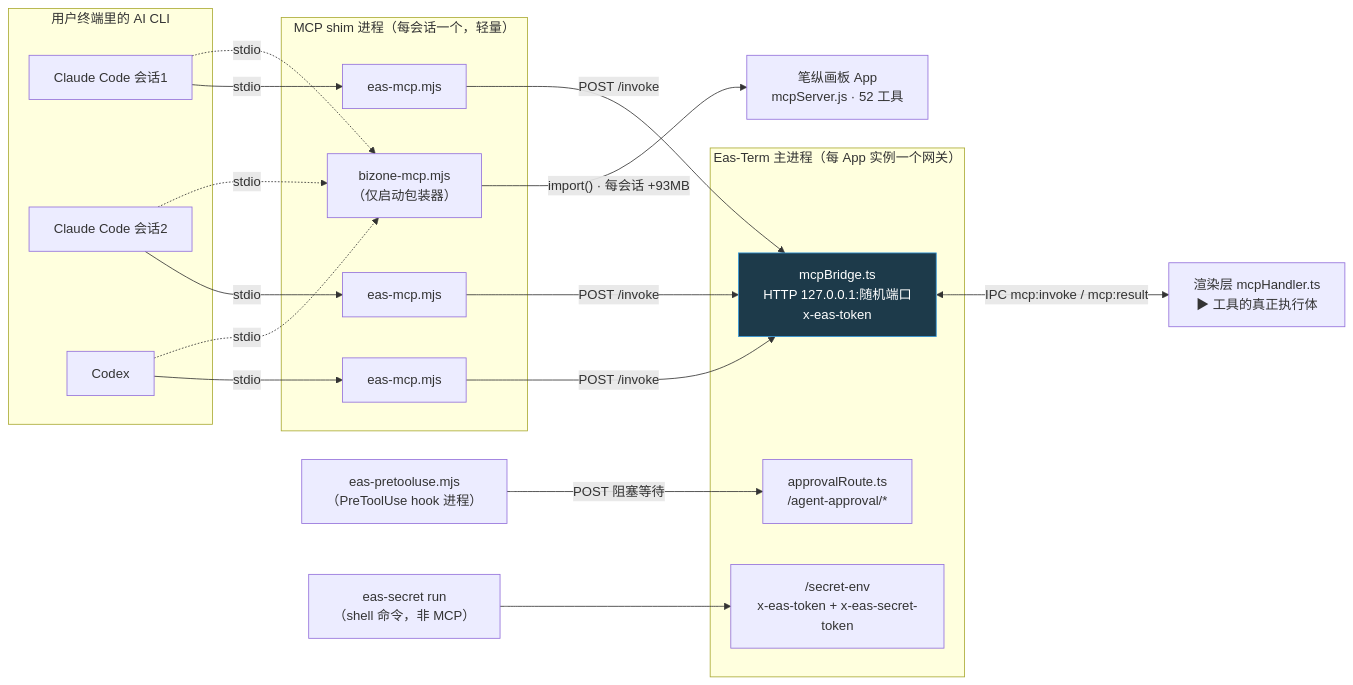
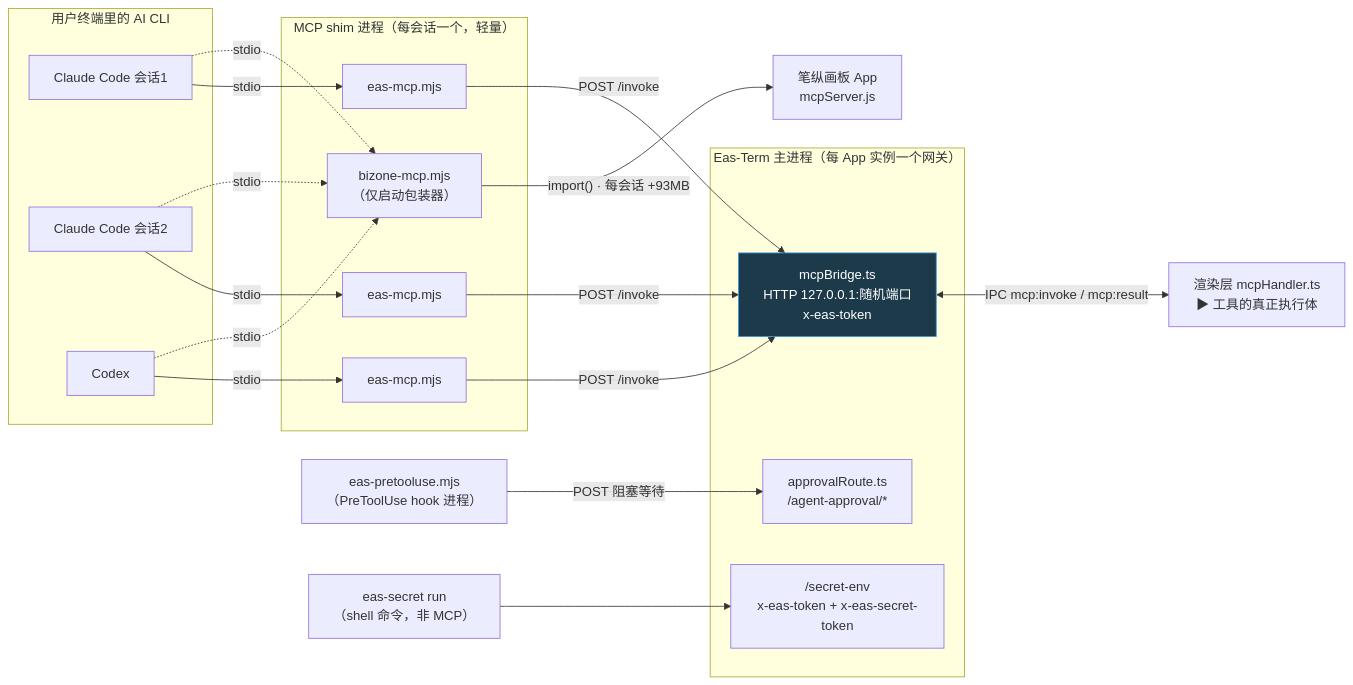
The diagram in docs/architecture/11-MCP工具网络.md (biily786063474-boop/eas_term), drawn with Mermaid before and after one commit. The commit also changed other lines of this file and 8 other files, not shown here.

First line of the commit message:
docs(architecture): 图纸做减法 1690 → 1273 行，易漂移内容改为指向真相源

````diff
--- a/docs/architecture/11-MCP工具网络.md
+++ b/docs/architecture/11-MCP工具网络.md
@@ -8,37 +7,32 @@
 ```mermaid
 graph LR
     subgraph CLI["用户终端里的 AI CLI"]
         C1["Claude Code 会话1"]
         C2["Claude Code 会话2"]
         CX["Codex"]
     end
-
     subgraph SHIM["MCP shim 进程（每会话一个，轻量）"]
         S1["eas-mcp.mjs"]
         S2["eas-mcp.mjs"]
         S3["eas-mcp.mjs"]
         BZ["bizone-mcp.mjs<br/>（仅启动包装器）"]
     end
-
     subgraph APP["Eas-Term 主进程（每 App 实例一个网关）"]
         GW["mcpBridge.ts<br/>HTTP 127.0.0.1:随机端口<br/>x-eas-token"]
         AR["approvalRoute.ts<br/>/agent-approval/*"]
         SE["/secret-env<br/>x-eas-token + x-eas-secret-token"]
     end
-
     RD["渲染层 mcpHandler.ts<br/>▶ 工具的真正执行体"]
-    BZAPP["笔纵画板 App<br/>mcpServer.js · 52 工具"]
-
+    BZAPP["笔纵画板 App<br/>mcpServer.js"]
     C1 -->|stdio| S1
     C2 -->|stdio| S2
     CX -->|stdio| S3
     C1 & C2 & CX -.->|stdio| BZ
     S1 & S2 & S3 -->|"POST /invoke"| GW
     BZ -->|"import() · 每会话 +93MB"| BZAPP
     GW <-->|"IPC mcp:invoke / mcp:result"| RD
     HK["eas-pretooluse.mjs<br/>（PreToolUse hook 进程）"] -->|"POST 阻塞等待"| AR
     ES["eas-secret run<br/>（shell 命令，非 MCP）"] --> SE
-
     classDef gw fill:#1d3a4a,stroke:#3498db,color:#fff
     class GW gw
 ```
````
